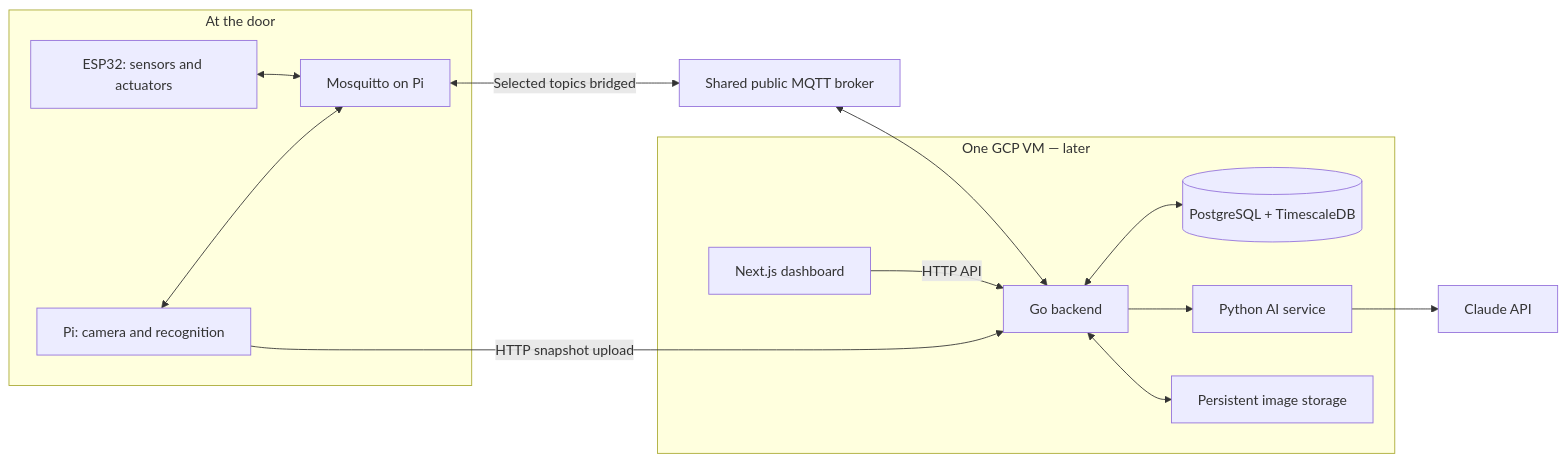
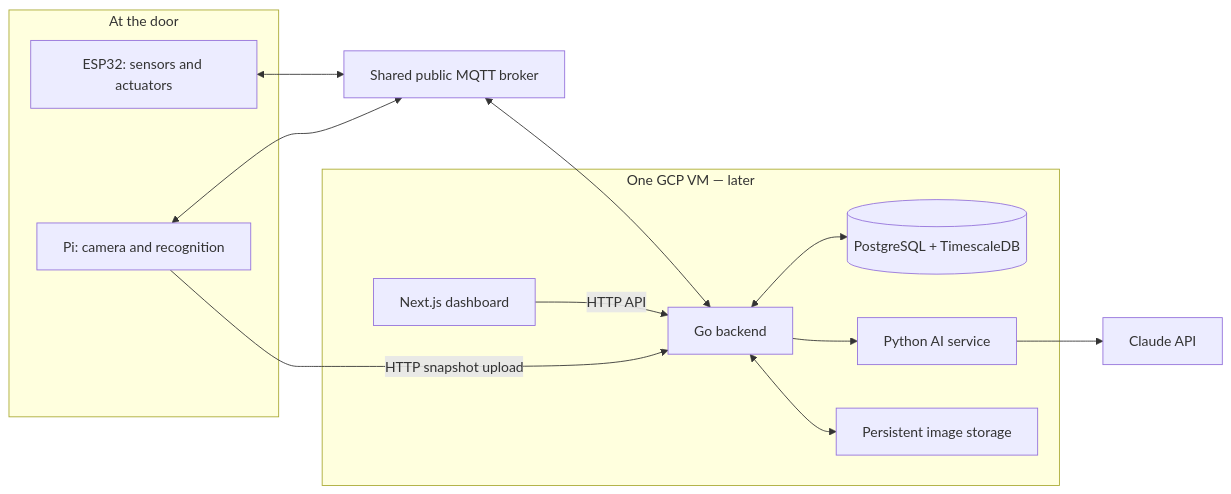
Before and after one commit to frostnzx/sentinel: the diagram in docs/smart-door-plan.md, drawn with Mermaid. The commit also changed other lines of this file and 15 other files, not shown here.

Commit message:
feat: use public mqtt

````diff
--- a/docs/smart-door-plan.md
+++ b/docs/smart-door-plan.md
@@ -23,28 +25,27 @@
 ```mermaid
 flowchart LR
     subgraph Edge["At the door"]
         ESP[ESP32: sensors and actuators]
-        LOCAL[Mosquitto on Pi]
         PI[Pi: camera and recognition]
-        ESP <--> LOCAL
-        PI <--> LOCAL
     end
 
-    LOCAL <-->|Selected topics bridged| PUBLIC[Shared public MQTT broker]
+    PUBLIC[Shared public MQTT broker]
+    ESP <--> PUBLIC
+    PI <--> PUBLIC
 
     subgraph GCP["One GCP VM — later"]
         WEB[Next.js dashboard]
         API[Go backend]
         DB[(PostgreSQL + TimescaleDB)]
         AI[Python AI service]
         FILES[Persistent image storage]
         WEB -->|HTTP API| API
         API <--> DB
         API --> AI
         API <--> FILES
     end
 
     PUBLIC <--> API
     PI -->|HTTP snapshot upload| API
     AI --> CLAUDE[Claude API]
 ```
````
